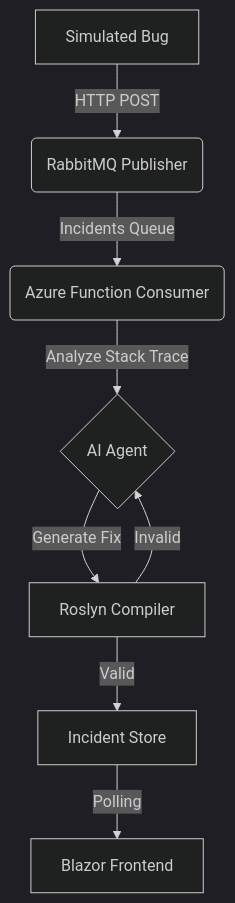
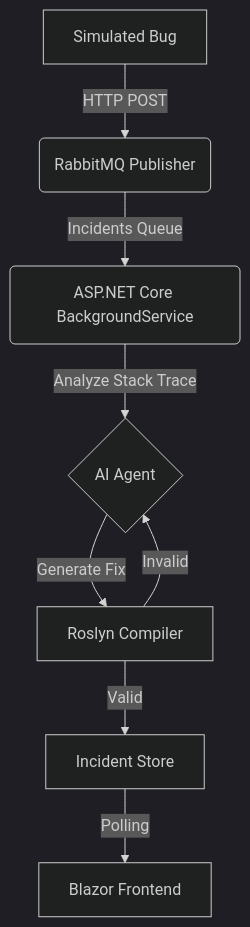
Before and after one commit to csa7mdm/AutoMender: the first of 2 diagrams in README.md, drawn with Mermaid (dark theme). The commit also changed other lines of this file and 14 other files, not shown here.

Commit message:
Refactor: Migrate to Cloud-Agnostic ASP.NET Core Architecture and Docker Workflow

````diff
--- a/README.md
+++ b/README.md
@@ -28,10 +29,10 @@
 ```mermaid
 graph TD
     A[Simulated Bug] -->|HTTP POST| B(RabbitMQ Publisher)
-    B -->|Incidents Queue| C(Azure Function Consumer)
+    B -->|Incidents Queue| C(ASP.NET Core BackgroundService)
     C -->|Analyze Stack Trace| D{AI Agent}
     D -->|Generate Fix| E[Roslyn Compiler]
     E -->|Valid| F[Incident Store]
     E -->|Invalid| D
     F -->|Polling| G[Blazor Frontend]
 ```
````
